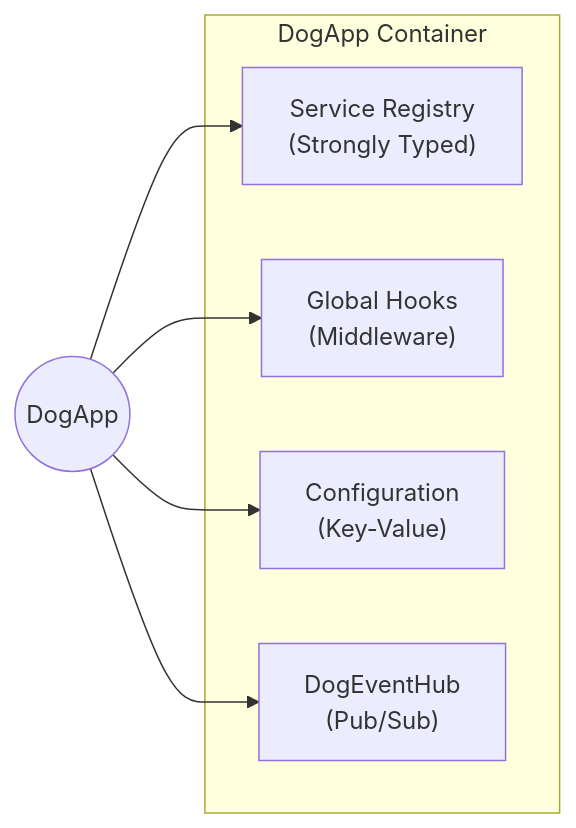
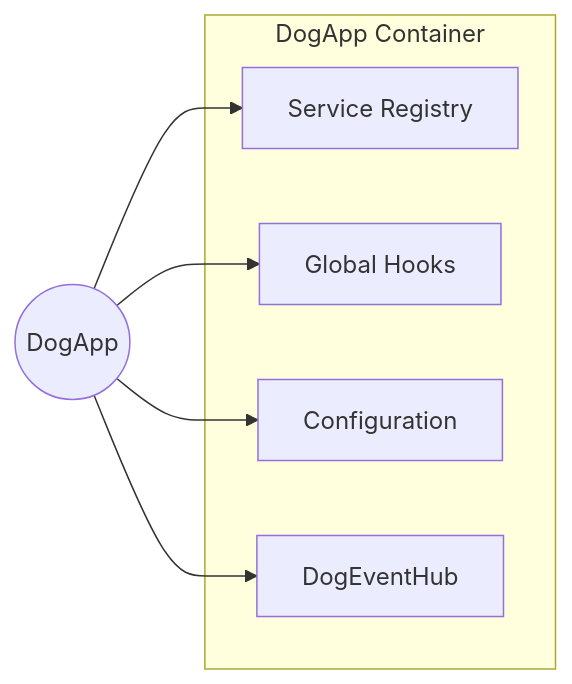
One commit to Jitpomi/dogrs changed the first of 3 diagrams in docs/design.md. Above: the diagram before and after it, drawn with Mermaid. The commit also changed other lines of this file and 3 other files, not shown here.

Commit message:
docs: comprehensive rewrite of workspace docs to simplify tone, add mermaid diagrams, and integrate dog-queue

````diff
--- a/docs/design.md
+++ b/docs/design.md
@@ -81,14 +83,14 @@
 ```mermaid
 graph LR
     subgraph "DogApp Container"
-        Registry["Service Registry<br>(Strongly Typed)"]
-        GlobalHooks["Global Hooks<br>(Middleware)"]
-        Config["Configuration<br>(Key-Value)"]
-        Events["DogEventHub<br>(Pub/Sub)"]
+        Registry["Service Registry"]
+        GlobalHooks["Global Hooks"]
+        Config["Configuration"]
+        Events["DogEventHub"]
     end
     
     App(("DogApp")) --> Registry
     App --> GlobalHooks
     App --> Config
     App --> Events
 ```
````
